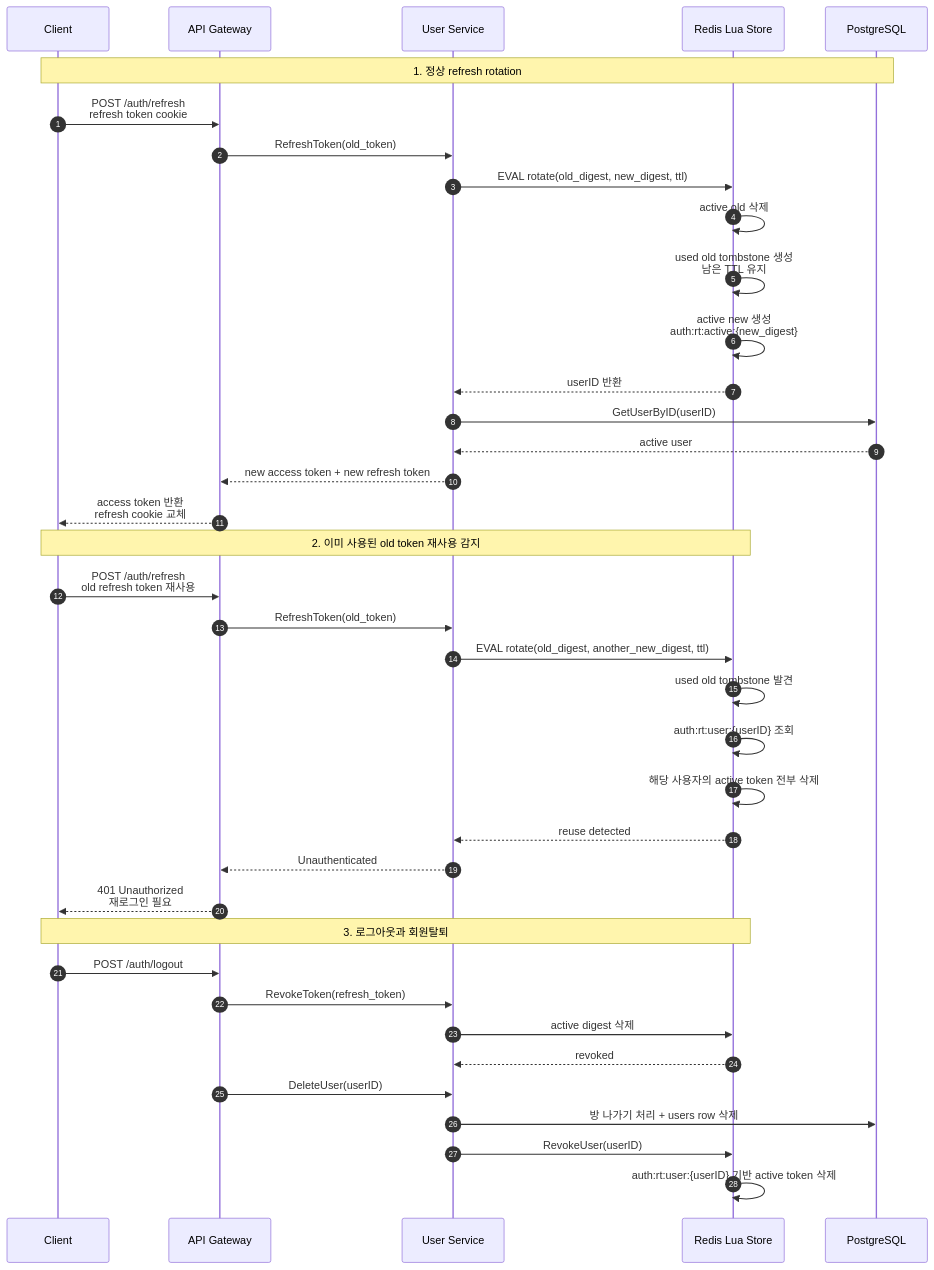
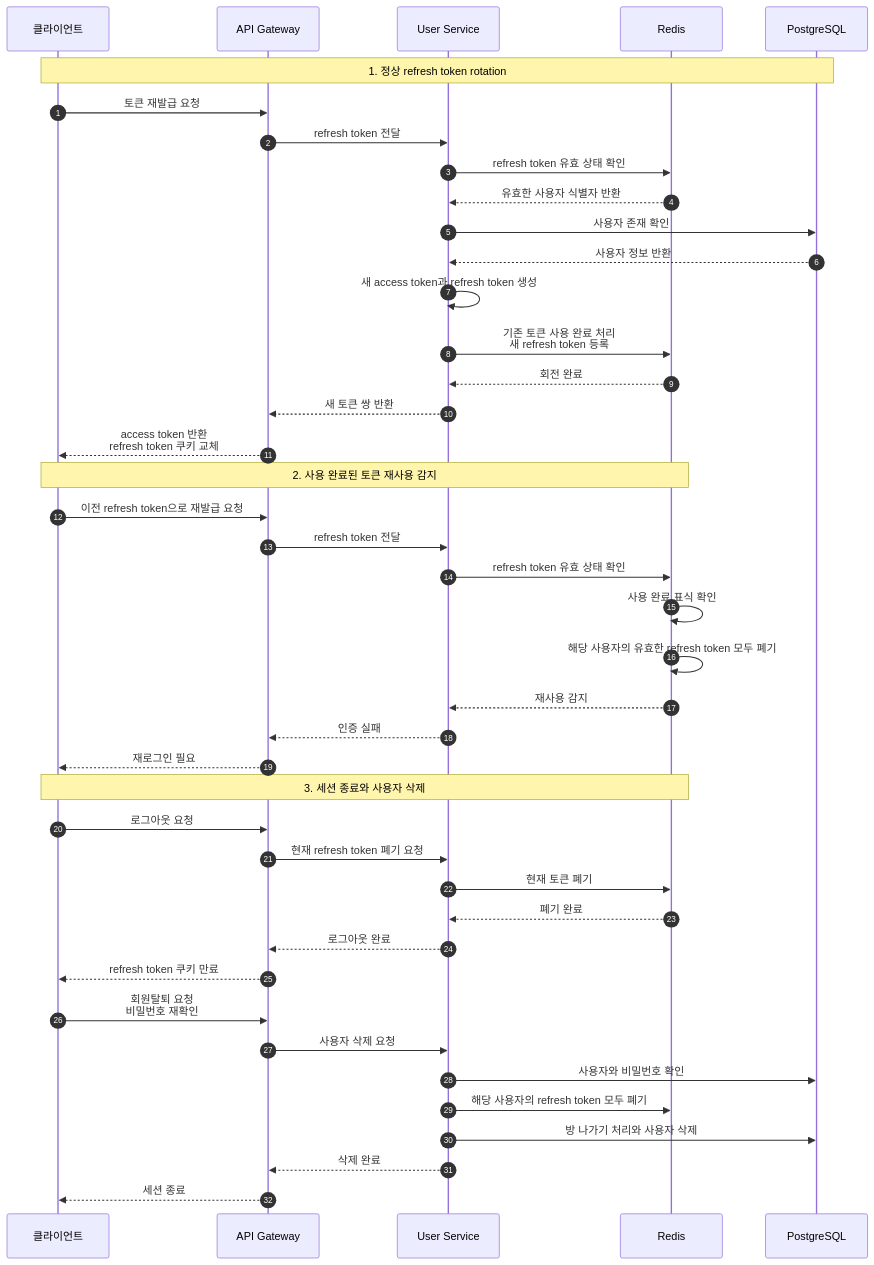
Before and after one commit to happyhun/go-chat-msa: the diagram in docs/diagrams/seq-refresh-token-rotation.mmd, drawn with Mermaid. The commit also changed 11 other files, not shown here.

Commit message:
docs: 다이어그램 흐름 정리

```diff
--- a/docs/diagrams/seq-refresh-token-rotation.mmd
+++ b/docs/diagrams/seq-refresh-token-rotation.mmd
@@ -1,43 +1,47 @@
 sequenceDiagram
     autonumber
 
-    participant Client as Client
+    participant Client as 클라이언트
     participant AGW as API Gateway
     participant UserSvc as User Service
-    participant Redis as Redis Lua Store
+    participant Redis as Redis
     participant DB as PostgreSQL
 
-    Note over Client, DB: 1. 정상 refresh rotation
-    Client->>AGW: POST /auth/refresh<br/>refresh token cookie
-    AGW->>UserSvc: RefreshToken(old_token)
-    UserSvc->>Redis: EVAL rotate(old_digest, new_digest, ttl)
-    Redis->>Redis: active old 삭제
-    Redis->>Redis: used old tombstone 생성<br/>남은 TTL 유지
-    Redis->>Redis: active new 생성<br/>auth:rt:active:{new_digest}
-    Redis-->>UserSvc: userID 반환
-    UserSvc->>DB: GetUserByID(userID)
-    DB-->>UserSvc: active user
-    UserSvc-->>AGW: new access token + new refresh token
-    AGW-->>Client: access token 반환<br/>refresh cookie 교체
+    Note over Client, DB: 1. 정상 refresh token rotation
+    Client->>AGW: 토큰 재발급 요청
+    AGW->>UserSvc: refresh token 전달
+    UserSvc->>Redis: refresh token 유효 상태 확인
+    Redis-->>UserSvc: 유효한 사용자 식별자 반환
+    UserSvc->>DB: 사용자 존재 확인
+    DB-->>UserSvc: 사용자 정보 반환
+    UserSvc->>UserSvc: 새 access token과 refresh token 생성
+    UserSvc->>Redis: 기존 토큰 사용 완료 처리<br/>새 refresh token 등록
+    Redis-->>UserSvc: 회전 완료
+    UserSvc-->>AGW: 새 토큰 쌍 반환
+    AGW-->>Client: access token 반환<br/>refresh token 쿠키 교체
 
-    Note over Client, Redis: 2. 이미 사용된 old token 재사용 감지
-    Client->>AGW: POST /auth/refresh<br/>old refresh token 재사용
-    AGW->>UserSvc: RefreshToken(old_token)
-    UserSvc->>Redis: EVAL rotate(old_digest, another_new_digest, ttl)
-    Redis->>Redis: used old tombstone 발견
-    Redis->>Redis: auth:rt:user:{userID} 조회
-    Redis->>Redis: 해당 사용자의 active token 전부 삭제
-    Redis-->>UserSvc: reuse detected
-    UserSvc-->>AGW: Unauthenticated
-    AGW-->>Client: 401 Unauthorized<br/>재로그인 필요
+    Note over Client, Redis: 2. 사용 완료된 토큰 재사용 감지
+    Client->>AGW: 이전 refresh token으로 재발급 요청
+    AGW->>UserSvc: refresh token 전달
+    UserSvc->>Redis: refresh token 유효 상태 확인
+    Redis->>Redis: 사용 완료 표식 확인
+    Redis->>Redis: 해당 사용자의 유효한 refresh token 모두 폐기
+    Redis-->>UserSvc: 재사용 감지
+    UserSvc-->>AGW: 인증 실패
+    AGW-->>Client: 재로그인 필요
 
-    Note over Client, Redis: 3. 로그아웃과 회원탈퇴
-    Client->>AGW: POST /auth/logout
-    AGW->>UserSvc: RevokeToken(refresh_token)
-    UserSvc->>Redis: active digest 삭제
-    Redis-->>UserSvc: revoked
+    Note over Client, Redis: 3. 세션 종료와 사용자 삭제
+    Client->>AGW: 로그아웃 요청
+    AGW->>UserSvc: 현재 refresh token 폐기 요청
+    UserSvc->>Redis: 현재 토큰 폐기
+    Redis-->>UserSvc: 폐기 완료
+    UserSvc-->>AGW: 로그아웃 완료
+    AGW-->>Client: refresh token 쿠키 만료
 
-    AGW->>UserSvc: DeleteUser(userID)
-    UserSvc->>DB: 방 나가기 처리 + users row 삭제
-    UserSvc->>Redis: RevokeUser(userID)
-    Redis->>Redis: auth:rt:user:{userID} 기반 active token 삭제
+    Client->>AGW: 회원탈퇴 요청<br/>비밀번호 재확인
+    AGW->>UserSvc: 사용자 삭제 요청
+    UserSvc->>DB: 사용자와 비밀번호 확인
+    UserSvc->>Redis: 해당 사용자의 refresh token 모두 폐기
+    UserSvc->>DB: 방 나가기 처리와 사용자 삭제
+    UserSvc-->>AGW: 삭제 완료
+    AGW-->>Client: 세션 종료
```
